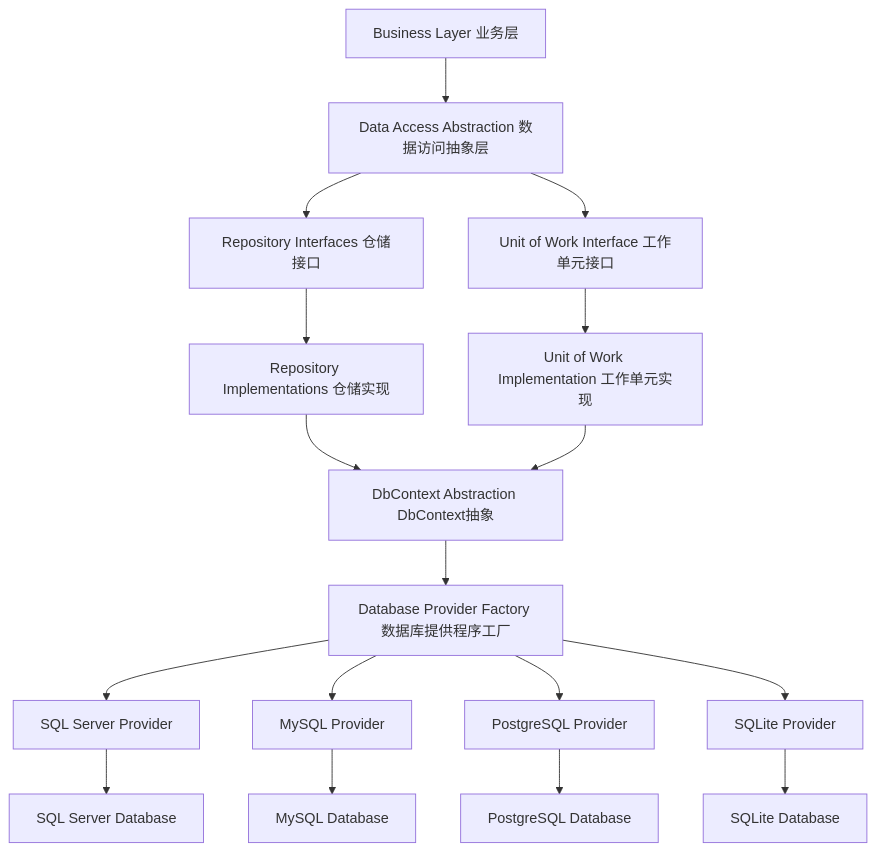
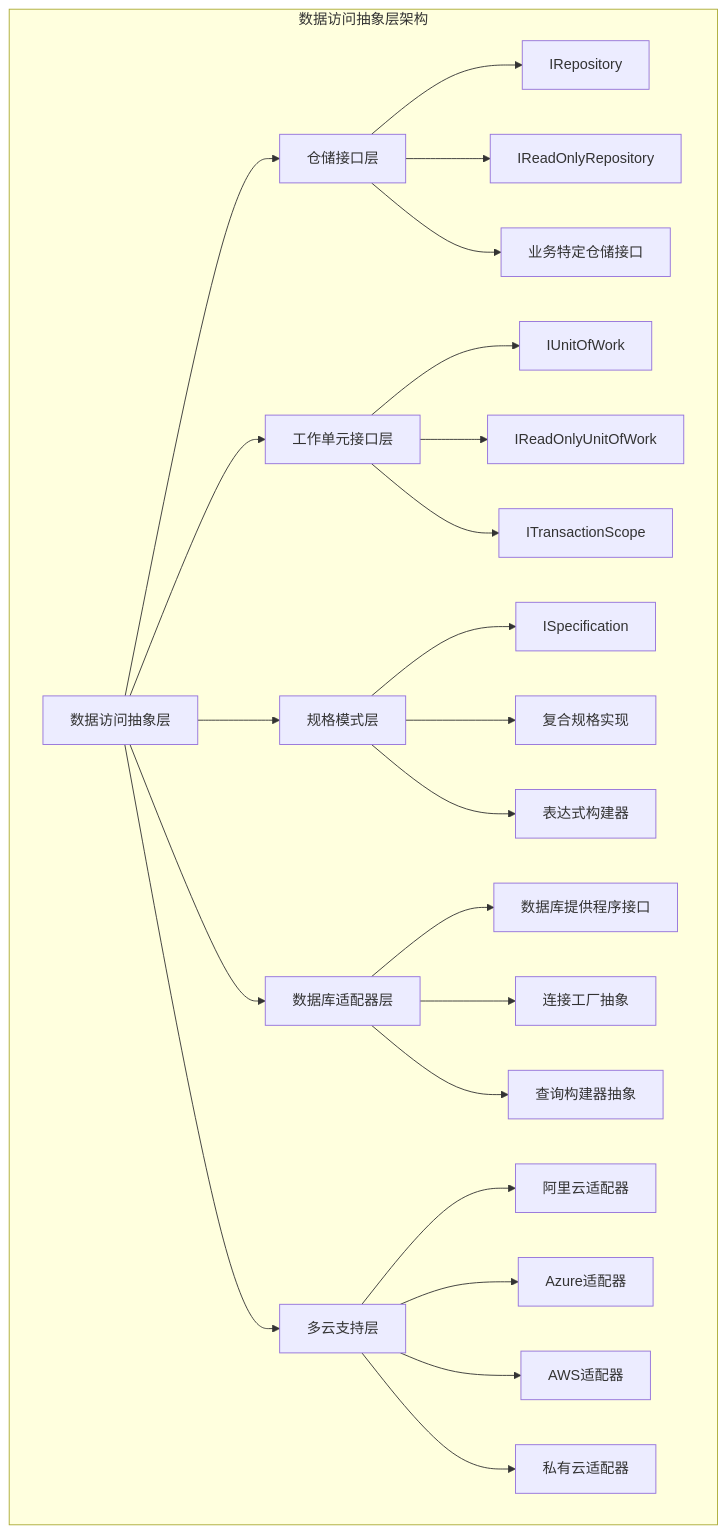
Before and after one commit to lornshrimp/Lorn.ADSP: the first of 8 diagrams in docs_TecDesign/广告投放引擎/数据访问层技术设计.md, drawn with Mermaid. The commit also changed other lines of this file and 60 other files, not shown here.

````diff
--- a/docs_TecDesign/广告投放引擎/数据访问层技术设计.md
+++ b/docs_TecDesign/广告投放引擎/数据访问层技术设计.md
@@ -30,23 +9,31 @@
 ```mermaid
 graph TB
-    A[Business Layer 业务层] --> B[Data Access Abstraction 数据访问抽象层]
-    B --> C[Repository Interfaces 仓储接口]
-    B --> D[Unit of Work Interface 工作单元接口]
-    
-    C --> E[Repository Implementations 仓储实现]
-    D --> F[Unit of Work Implementation 工作单元实现]
-    
-    E --> G[DbContext Abstraction DbContext抽象]
-    F --> G
-    
-    G --> H[Database Provider Factory 数据库提供程序工厂]
-    H --> I[SQL Server Provider]
-    H --> J[MySQL Provider]
-    H --> K[PostgreSQL Provider]
-    H --> L[SQLite Provider]
-    
-    I --> M[SQL Server Database]
-    J --> N[MySQL Database]
-    K --> O[PostgreSQL Database]
-    L --> P[SQLite Database]
+    subgraph "数据访问抽象层架构"
+        A[数据访问抽象层] --> B[仓储接口层]
+        A --> C[工作单元接口层] 
+        A --> D[规格模式层]
+        A --> E[数据库适配器层]
+        A --> F[多云支持层]
+        
+        B --> B1[IRepository<T>]
+        B --> B2[IReadOnlyRepository<T>]
+        B --> B3[业务特定仓储接口]
+        
+        C --> C1[IUnitOfWork]
+        C --> C2[IReadOnlyUnitOfWork]
+        C --> C3[ITransactionScope]
+        
+        D --> D1[ISpecification<T>]
+        D --> D2[复合规格实现]
+        D --> D3[表达式构建器]
+        
+        E --> E1[数据库提供程序接口]
+        E --> E2[连接工厂抽象]
+        E --> E3[查询构建器抽象]
+        
+        F --> F1[阿里云适配器]
+        F --> F2[Azure适配器]
+        F --> F3[AWS适配器]
+        F --> F4[私有云适配器]
+    end
 ```
````
